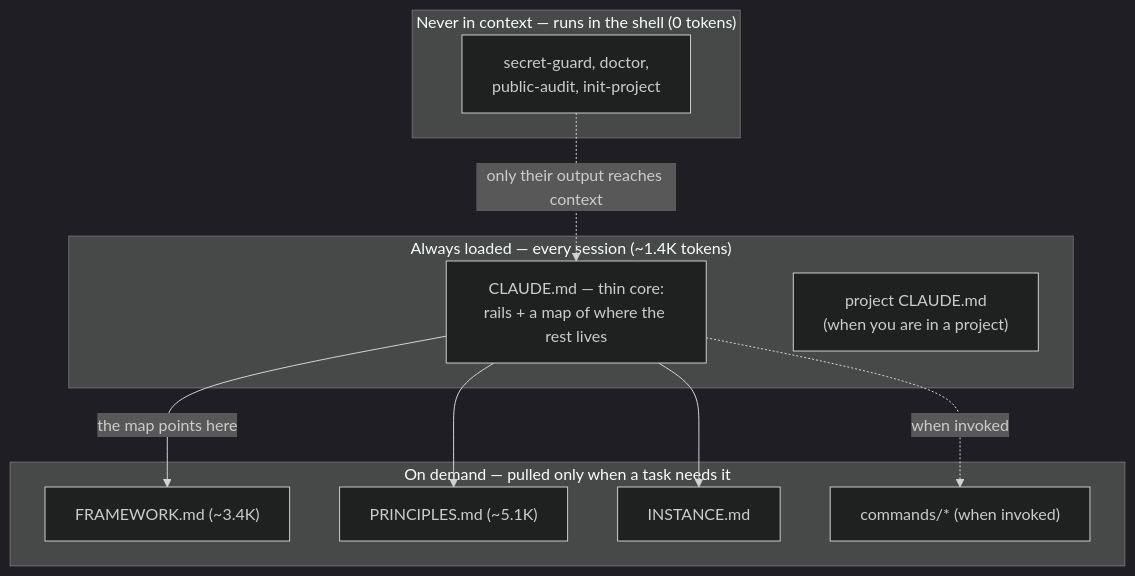
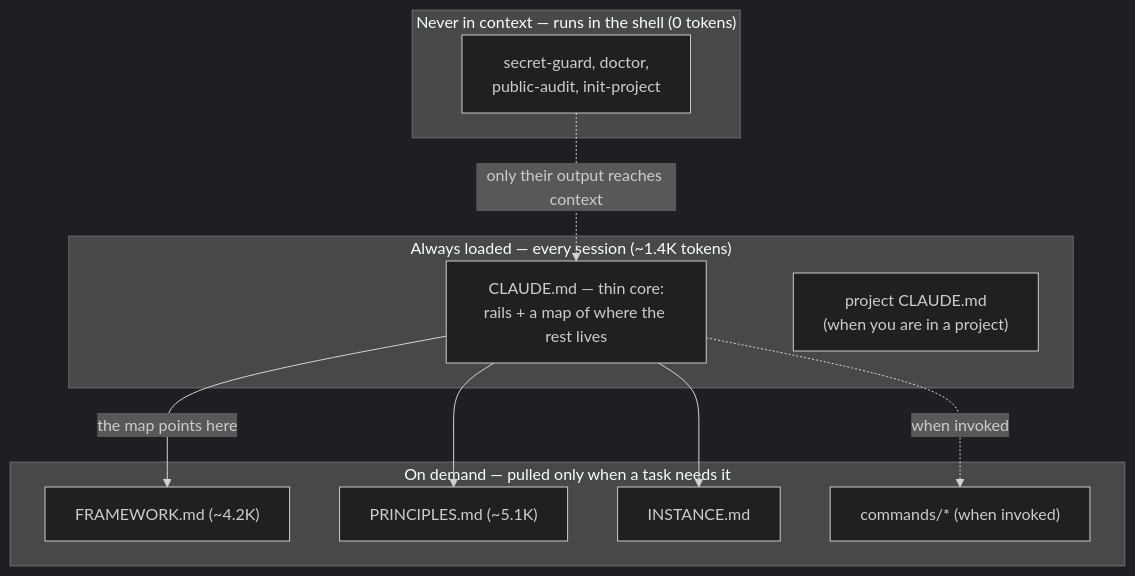
Before and after one commit to rockerlabs/keel: the diagram in README.md, drawn with Mermaid (dark theme). The commit also changed 3 other files, not shown here.

First line of the commit message:
fix(docs): correct FRAMEWORK.md token figure; add doc-figure drift test

````diff
--- a/README.md
+++ b/README.md
@@ -40,21 +40,21 @@
 ```mermaid
 flowchart TD
     subgraph always["Always loaded — every session (~1.4K tokens)"]
         core["CLAUDE.md — thin core:<br/>rails + a map of where the rest lives"]
         proj["project CLAUDE.md<br/>(when you are in a project)"]
     end
     subgraph demand["On demand — pulled only when a task needs it"]
-        fw["FRAMEWORK.md (~3.4K)"]
+        fw["FRAMEWORK.md (~4.2K)"]
         prin["PRINCIPLES.md (~5.1K)"]
         inst["INSTANCE.md"]
         cmd["commands/* (when invoked)"]
     end
     subgraph never["Never in context — runs in the shell (0 tokens)"]
         tools["secret-guard, doctor,<br/>public-audit, init-project"]
     end
     core -->|the map points here| fw
     core --> prin
     core --> inst
     core -.->|when invoked| cmd
     tools -.->|only their output reaches context| core
 ```
````
